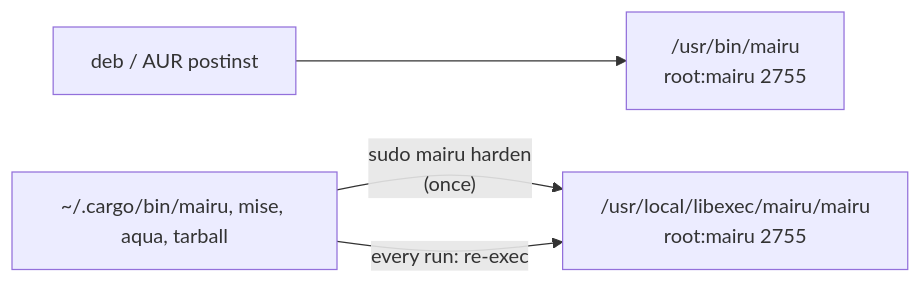
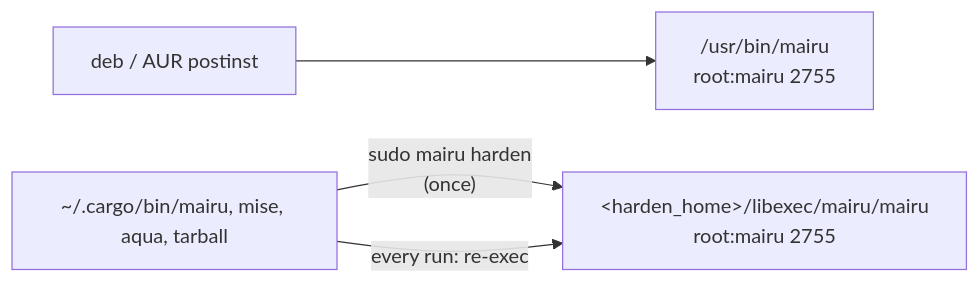
One commit to sorah/mairu changed the first of 4 diagrams in docs/specs/005-install.md. Above: the diagram before and after it, drawn with Mermaid. The commit also changed other lines of this file and 17 other files, not shown here.

First line of the commit message:
docs/specs: rework diagrams and helper locations

````diff
--- a/docs/specs/005-install.md
+++ b/docs/specs/005-install.md
@@ -24,6 +24,6 @@
 ```mermaid
 flowchart LR
   pkg["deb / AUR postinst"] --> B["/usr/bin/mairu<br/>root:mairu 2755"]
-  usr["~/.cargo/bin/mairu, mise, aqua, tarball"] -- "sudo mairu harden<br/>(once)" --> H["/usr/local/libexec/mairu/mairu<br/>root:mairu 2755"]
+  usr["~/.cargo/bin/mairu, mise, aqua, tarball"] -- "sudo mairu harden<br/>(once)" --> H["#lt;harden_home#gt;/libexec/mairu/mairu<br/>root:mairu 2755"]
   usr -- "every run: re-exec" --> H
 ```
````
